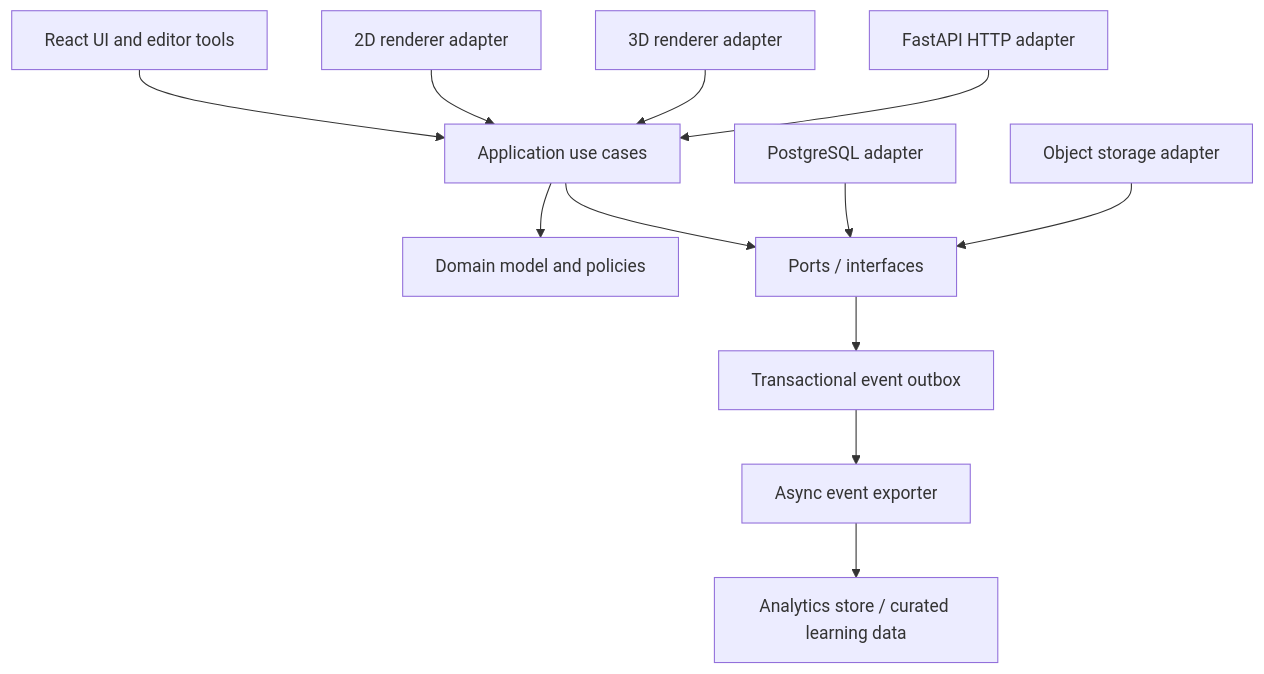
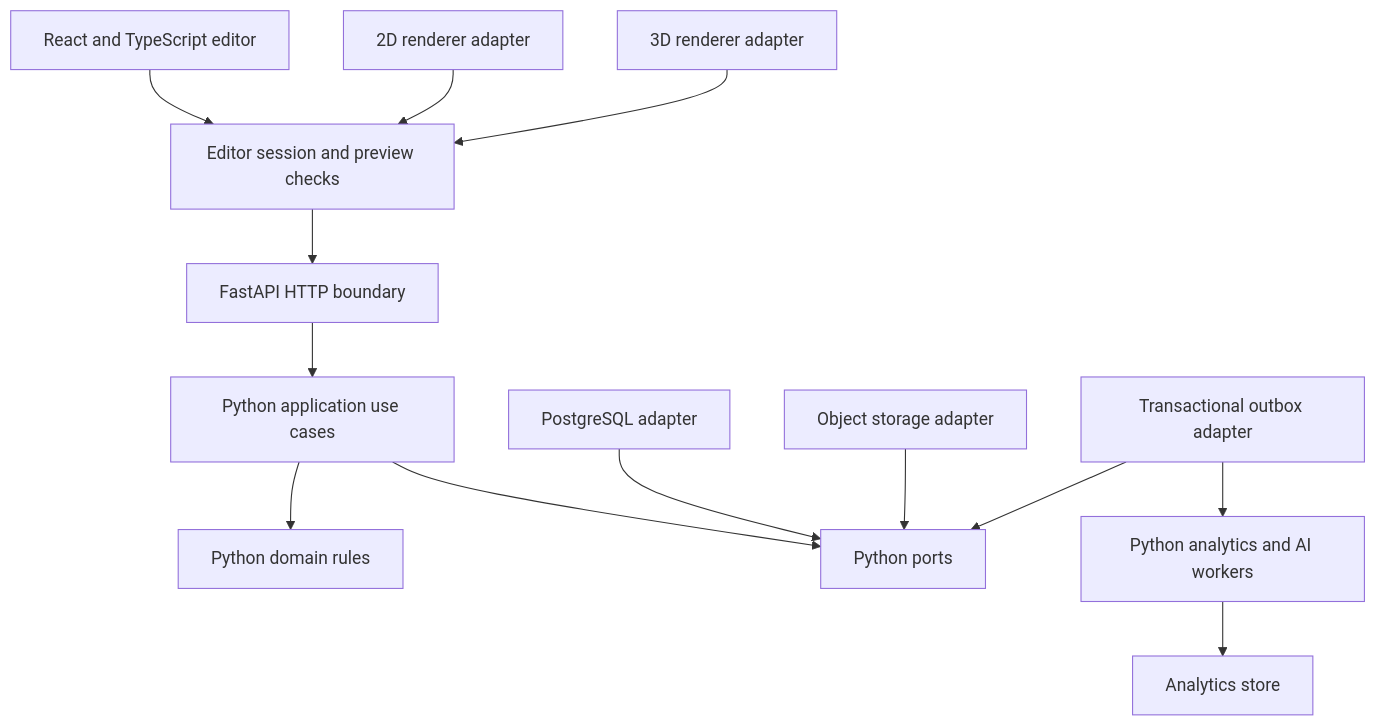
The diagram in docs/ARCHITECTURE.md (shepytk/curly-carnival), drawn with Mermaid before and after one commit. The commit also changed other lines of this file and 9 other files, not shown here.

Commit message:
docs: define milestone 0 design contract and architecture

````diff
--- a/docs/ARCHITECTURE.md
+++ b/docs/ARCHITECTURE.md
@@ -9,14 +9,15 @@
 ```mermaid
 flowchart TB
-  UI[React UI and editor tools] --> APP[Application use cases]
-  R2D[2D renderer adapter] --> APP
-  R3D[3D renderer adapter] --> APP
-  APP --> DOMAIN[Domain model and policies]
-  APP --> PORTS[Ports / interfaces]
-  API[FastAPI HTTP adapter] --> APP
+  UI[React and TypeScript editor] --> EDITOR[Editor session and preview checks]
+  R2D[2D renderer adapter] --> EDITOR
+  R3D[3D renderer adapter] --> EDITOR
+  EDITOR --> API[FastAPI HTTP boundary]
+  API --> APP[Python application use cases]
+  APP --> DOMAIN[Python domain rules]
+  APP --> PORTS[Python ports]
   DB[PostgreSQL adapter] --> PORTS
   ASSETS[Object storage adapter] --> PORTS
-  PORTS --> OUTBOX[Transactional event outbox]
-  OUTBOX --> EXPORTER[Async event exporter]
-  EXPORTER --> ANALYTICS[Analytics store / curated learning data]
+  OUTBOX[Transactional outbox adapter] --> PORTS
+  OUTBOX --> WORKER[Python analytics and AI workers]
+  WORKER --> STORE[Analytics store]
 ```
````
